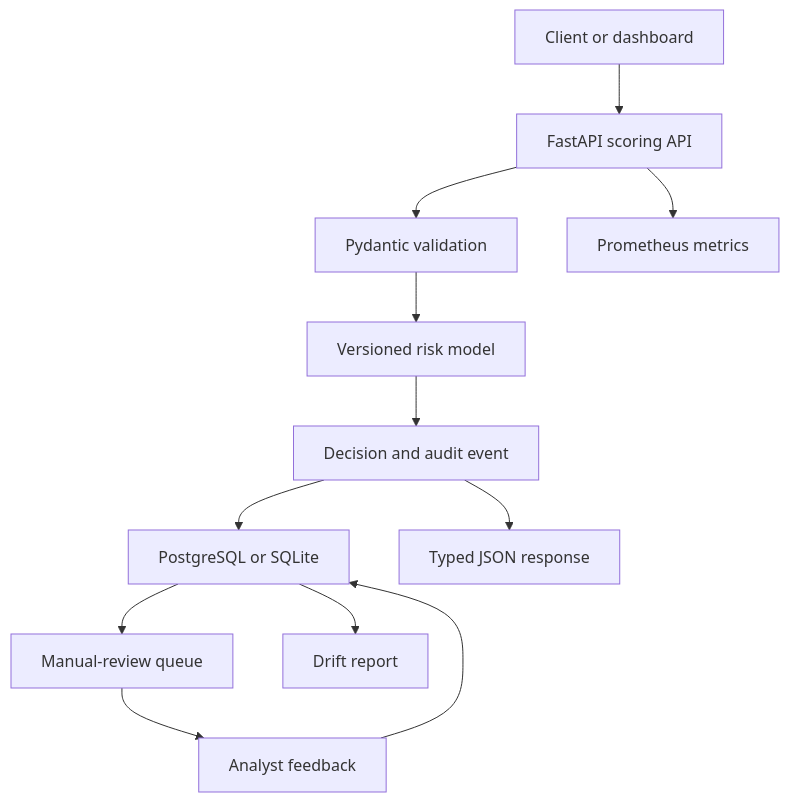
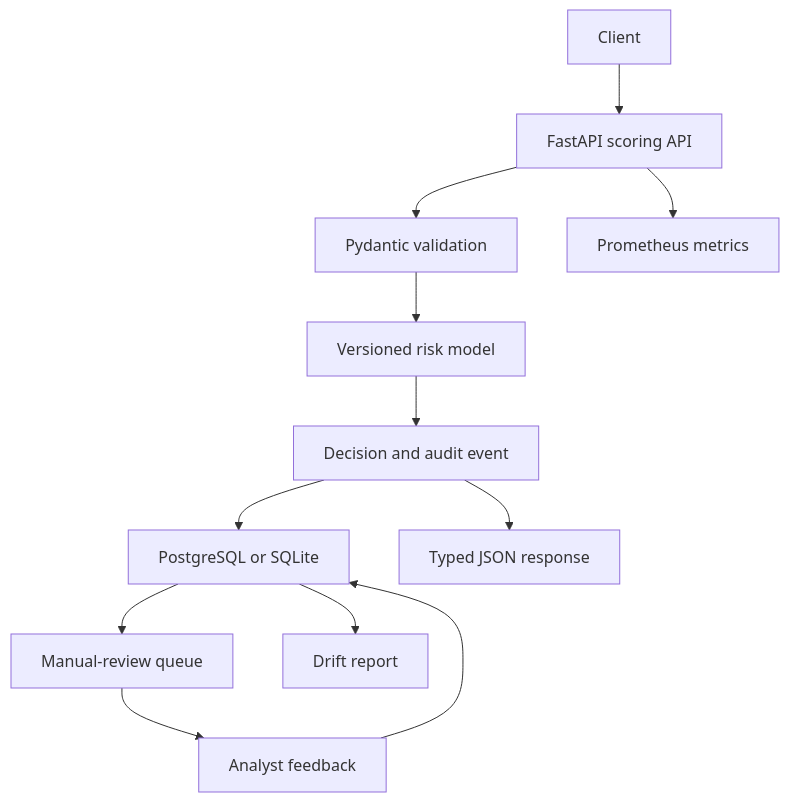
Before and after one commit to YasserJJJJ/riskpulse: the diagram in README.md, drawn with Mermaid. The commit also changed other lines of this file and 99 other files, not shown here.

````diff
--- a/README.md
+++ b/README.md
@@ -54,14 +51,14 @@
 ```mermaid
 flowchart TD
-    C["Client or dashboard"] --> A["FastAPI scoring API"]
+    C["Client"] --> A["FastAPI scoring API"]
     A --> V["Pydantic validation"]
     V --> M["Versioned risk model"]
     M --> D["Decision and audit event"]
     D --> P["PostgreSQL or SQLite"]
     D --> R["Typed JSON response"]
     P --> Q["Manual-review queue"]
     Q --> F["Analyst feedback"]
     F --> P
     P --> O["Drift report"]
     A --> X["Prometheus metrics"]
 ```
````
